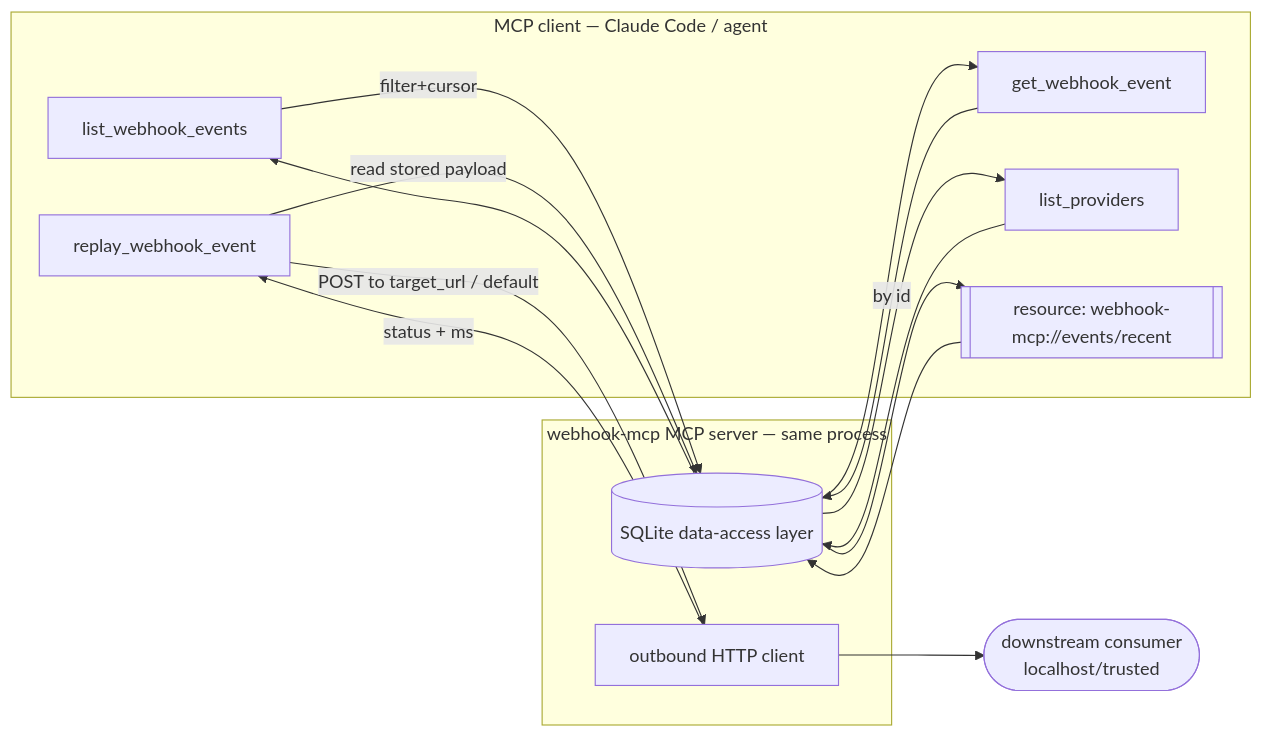
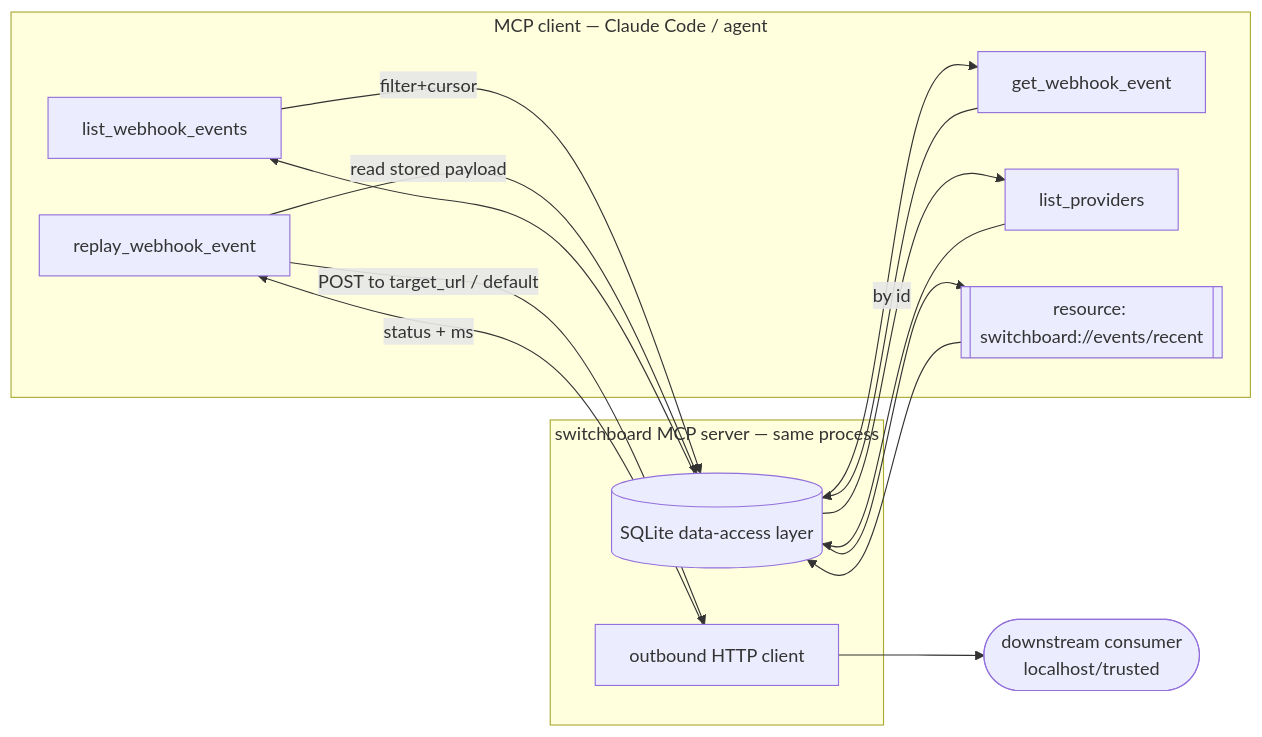
One commit to stump-wtf/switchboard changed the diagram in docs/adr/ADR-005-mcp-tool-and-resource-contract.md. Above: the diagram before and after it, drawn with Mermaid. The commit also changed other lines of this file and 17 other files, not shown here.

````diff
--- a/docs/adr/ADR-005-mcp-tool-and-resource-contract.md
+++ b/docs/adr/ADR-005-mcp-tool-and-resource-contract.md
@@ -122,21 +122,21 @@
 ```mermaid
 flowchart LR
   subgraph client[MCP client — Claude Code / agent]
     c1[list_webhook_events]
     c2[get_webhook_event]
     c3[replay_webhook_event]
     c4[list_providers]
-    r1[[resource: webhook-mcp://events/recent]]
+    r1[[resource: switchboard://events/recent]]
   end
-  subgraph server[webhook-mcp MCP server — same process]
+  subgraph server[switchboard MCP server — same process]
     dal[(SQLite data-access layer)]
     out[outbound HTTP client]
   end
   c1 -->|filter+cursor| dal --> c1
   c2 -->|by id| dal --> c2
   c4 --> dal --> c4
   r1 --> dal --> r1
   c3 -->|read stored payload| dal
   c3 -->|POST to target_url / default| out --> down([downstream consumer<br/>localhost/trusted])
   out -->|status + ms| c3
 ```
````
